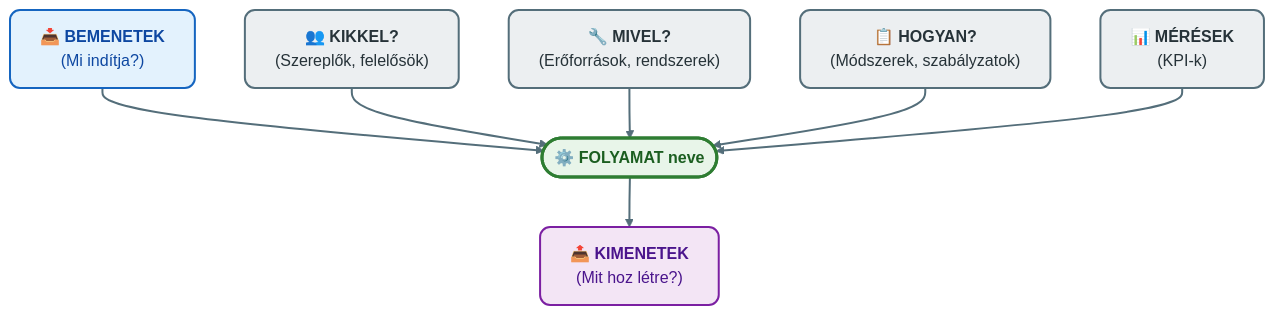
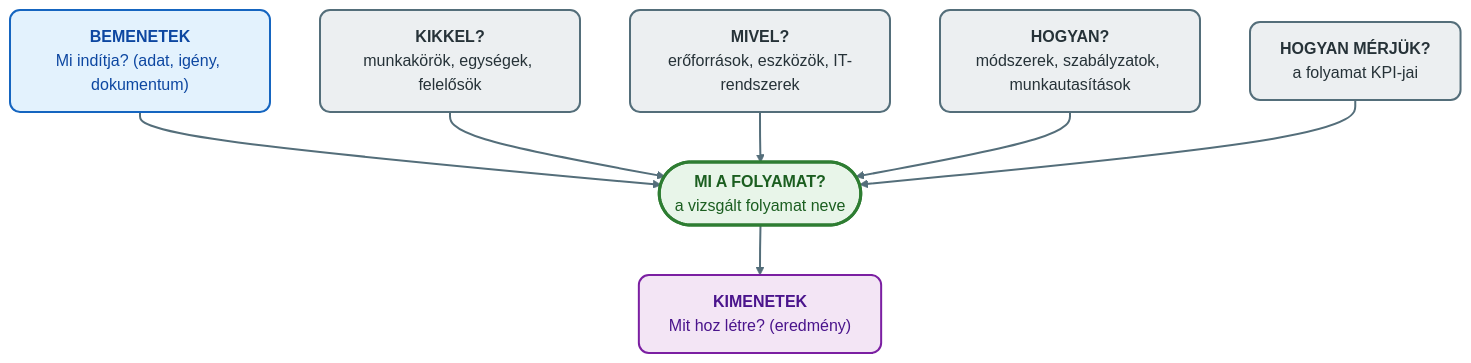
The first of 2 diagrams in Tételek/V05-GMXSF2MBLF-Folyamatszemléletű irányítási rendszerek.tétel.md (denespocsik/MM_BSC_Zarovizsga), drawn with Mermaid (forest theme) before and after one commit. The commit also changed other lines of this file and 1 other file, not shown here.

````diff
--- a/Tételek/V05-GMXSF2MBLF-Folyamatszemléletű irányítási rendszerek.tétel.md
+++ b/Tételek/V05-GMXSF2MBLF-Folyamatszemléletű irányítási rendszerek.tétel.md
@@ -37,17 +69,17 @@
 ```mermaid
 flowchart TB
-    BE["📥 <b>BEMENETEK</b><br/>(Mi indítja?)"]:::kek --> FO
-    KI["👥 <b>KIKKEL?</b><br/>(Szereplők, felelősök)"]:::szurke --> FO
-    MI["🔧 <b>MIVEL?</b><br/>(Erőforrások, rendszerek)"]:::szurke --> FO
-    HO["📋 <b>HOGYAN?</b><br/>(Módszerek, szabályzatok)"]:::szurke --> FO
-    ME["📊 <b>MÉRÉSEK</b><br/>(KPI-k)"]:::szurke --> FO
-    FO(["⚙️ <b>FOLYAMAT neve</b>"]):::zoldH
-    FO --> KIM["📤 <b>KIMENETEK</b><br/>(Mit hoz létre?)"]:::lila
+    BE["<b>BEMENETEK</b><br/>Mi indítja? (adat, igény, dokumentum)"]:::kek --> FO
+    KI["<b>KIKKEL?</b><br/>munkakörök, egységek, felelősök"]:::szurke --> FO
+    MI["<b>MIVEL?</b><br/>erőforrások, eszközök, IT-rendszerek"]:::szurke --> FO
+    HO["<b>HOGYAN?</b><br/>módszerek, szabályzatok, munkautasítások"]:::szurke --> FO
+    ME["<b>HOGYAN MÉRJÜK?</b><br/>a folyamat KPI-jai"]:::szurke --> FO
+    FO(["<b>MI A FOLYAMAT?</b><br/>a vizsgált folyamat neve"]):::zoldH
+    FO --> KIM["<b>KIMENETEK</b><br/>Mit hoz létre? (eredmény)"]:::lila
 
     classDef kek    fill:#e3f2fd,stroke:#1565c0,stroke-width:2px,color:#0d47a1,rx:10,ry:10;
     classDef zoldH  fill:#e8f5e9,stroke:#2e7d32,stroke-width:3px,color:#1b5e20,rx:10,ry:10;
     classDef lila   fill:#f3e5f5,stroke:#7b1fa2,stroke-width:2px,color:#4a148c,rx:10,ry:10;
     classDef szurke fill:#eceff1,stroke:#546e7a,stroke-width:2px,color:#263238,rx:10,ry:10;
 
     linkStyle default stroke:#546e7a,stroke-width:2px;
 ```
````
